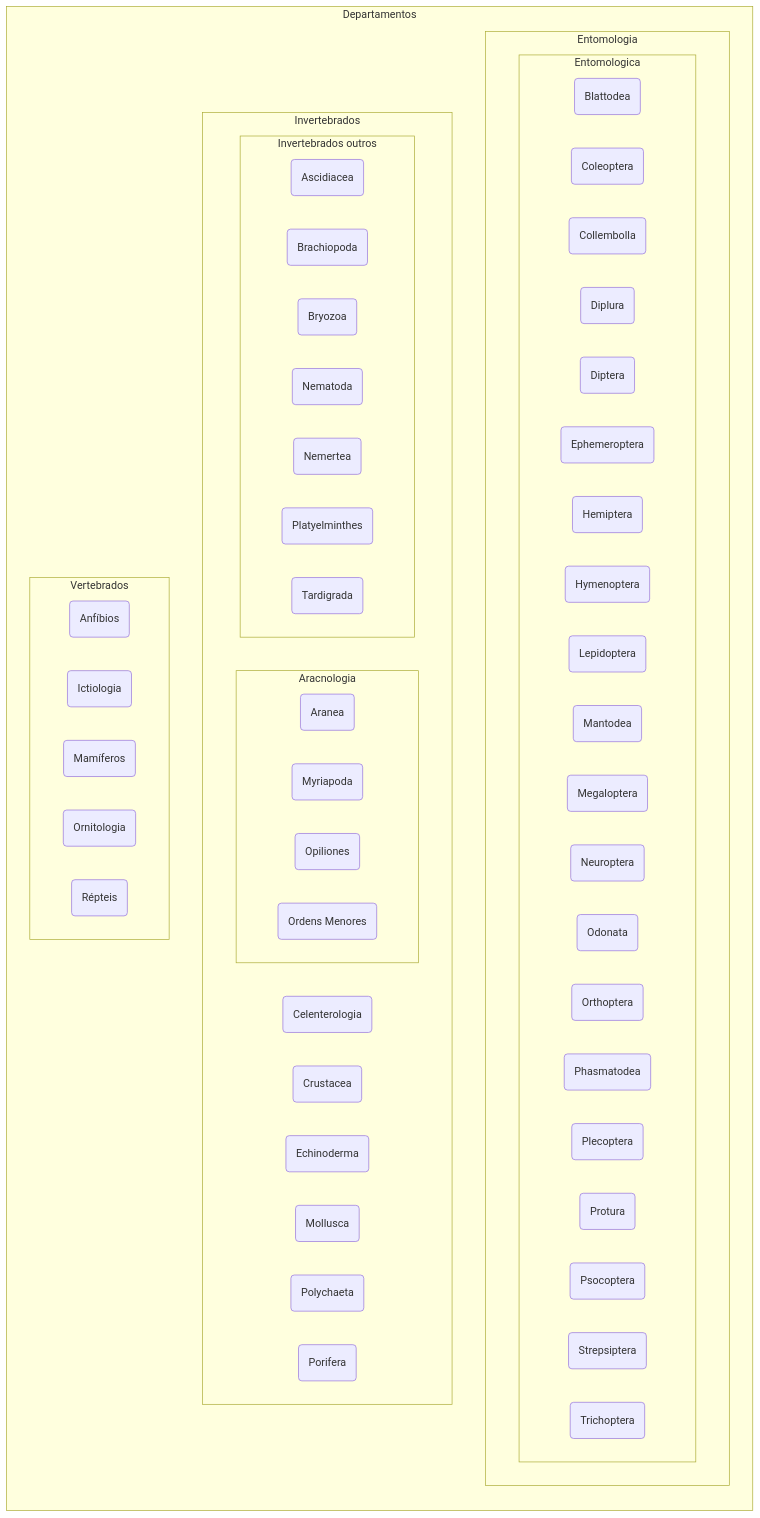
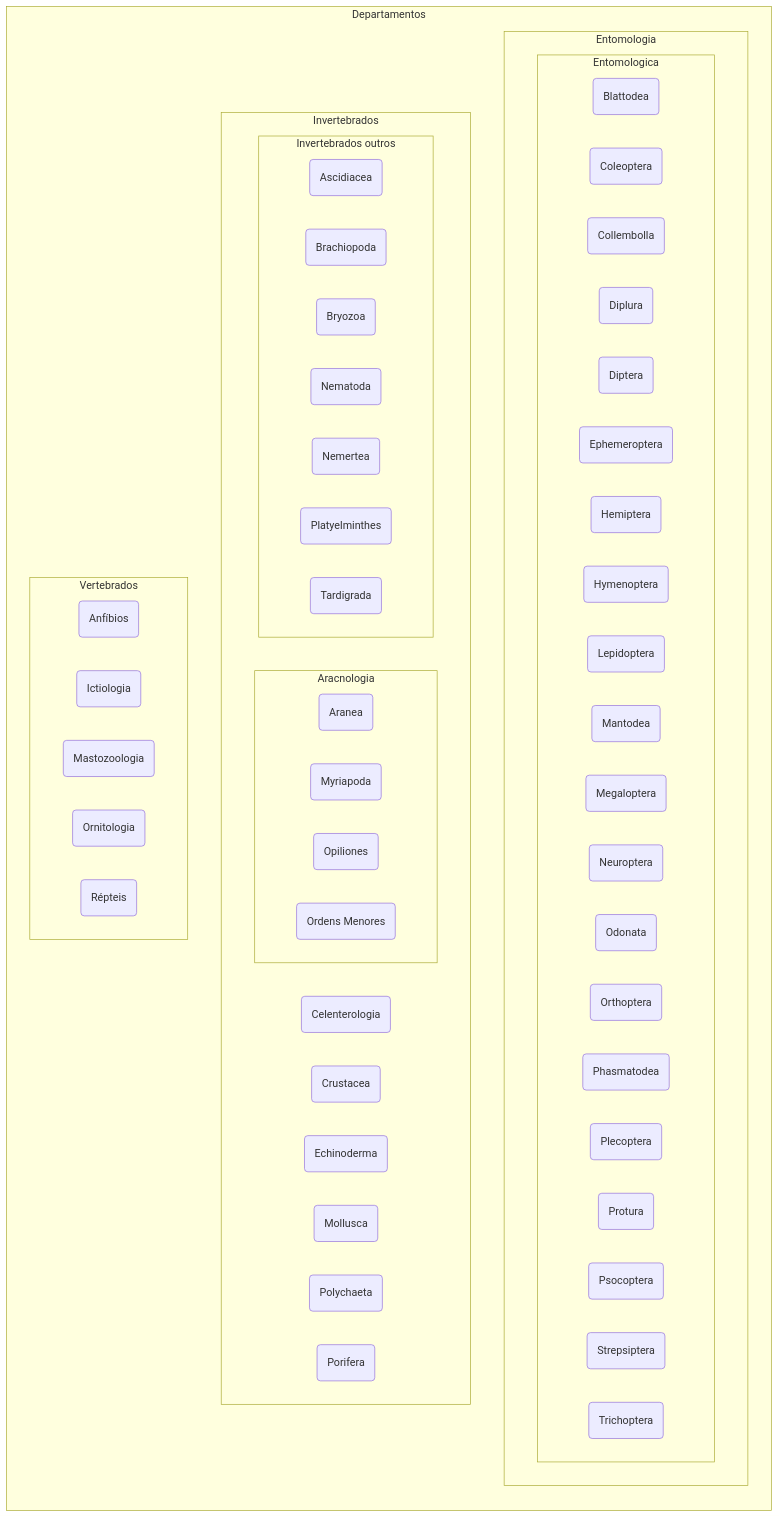
One commit to MuseuNacional/SpecifyBR changed the diagram in organizacaoInstitucional/museuNacional/README.md. Above: the diagram before and after it, drawn with Mermaid.

````diff
--- a/organizacaoInstitucional/museuNacional/README.md
+++ b/organizacaoInstitucional/museuNacional/README.md
@@ -3,75 +3,75 @@
 ```mermaid
 flowchart TB
   subgraph Departamentos
       direction TB    
       subgraph Entomologia
       direction LR
         subgraph Entomologica
         direction LR
           c2(Blattodea)
           c3(Coleoptera)
           c4(Collembolla)
           c5(Diplura)
           c6(Diptera)
           c7(Ephemeroptera)
           c8(Hemiptera)
           c9(Hymenoptera)
           c10(Lepidoptera)
           c11(Mantodea)
           c12(Megaloptera)
           c13(Neuroptera)
           c14(Odonata)
           c15(Orthoptera)
           c16(Phasmatodea)
           c17(Plecoptera)
           c18(Protura)
           c19(Psocoptera)
           c20(Strepsiptera)
           c21(Trichoptera)
         end
       end
       subgraph Invertebrados
       direction LR
         c34(Celenterologia)
         c35(Crustacea)
         click c35 href "https://github.com/edalcin/SpecifyBR/blob/main/organizacaoInstitucional/museuNacional/colecoes/crustaceae.md"
         c36(Echinoderma)
         click c36 href "https://github.com/edalcin/SpecifyBR/blob/main/organizacaoInstitucional/museuNacional/colecoes/echinoderma.md"
         c37(Mollusca)
         click c37 href "https://github.com/edalcin/SpecifyBR/blob/main/organizacaoInstitucional/museuNacional/colecoes/mollusca.md"
         c38(Polychaeta)
         click c38 href "https://github.com/edalcin/SpecifyBR/blob/main/organizacaoInstitucional/museuNacional/colecoes/polychaeta.md"
         c39(Porifera)
         click c39 href "https://github.com/edalcin/SpecifyBR/blob/main/organizacaoInstitucional/museuNacional/colecoes/porifera.md"
         subgraph Aracnologia
         direction LR   
           c23(Aranea)
           c24(Myriapoda)
           c25(Opiliones)
           c26(Ordens Menores)
         end
         subgraph Invertebrados outros
         direction LR   
           c27(Ascidiacea)
           c28(Brachiopoda)
           c29(Bryozoa)
           c30(Nematoda)
           c31(Nemertea)
           c32(Platyelminthes)
           c33(Tardigrada)
         end
       end
       subgraph Vertebrados
       direction LR   
         c40(Anfíbios)
         click c40 href "https://github.com/edalcin/SpecifyBR/blob/main/organizacaoInstitucional/museuNacional/colecoes/anfibios.md"
         c41(Ictiologia)
         click c41 href "https://github.com/edalcin/SpecifyBR/blob/main/organizacaoInstitucional/museuNacional/colecoes/ictiologia.md"
-        c42(Mamíferos)
+        c42(Mastozoologia)
         c43(Ornitologia)
         click c43 href "https://github.com/edalcin/SpecifyBR/blob/main/organizacaoInstitucional/museuNacional/colecoes/ornitologia.md"
         c44(Répteis)
         click c44 href "https://github.com/edalcin/SpecifyBR/blob/main/organizacaoInstitucional/museuNacional/colecoes/repteis.md"
       end
 end
 ```
````
